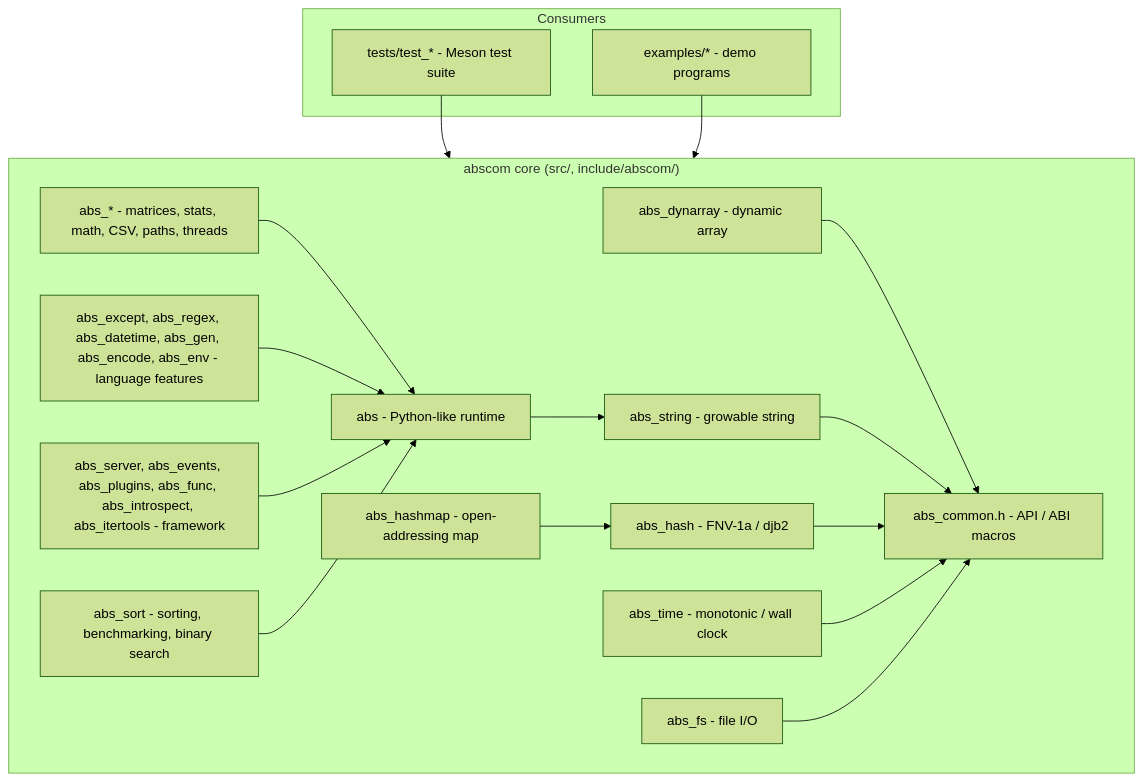
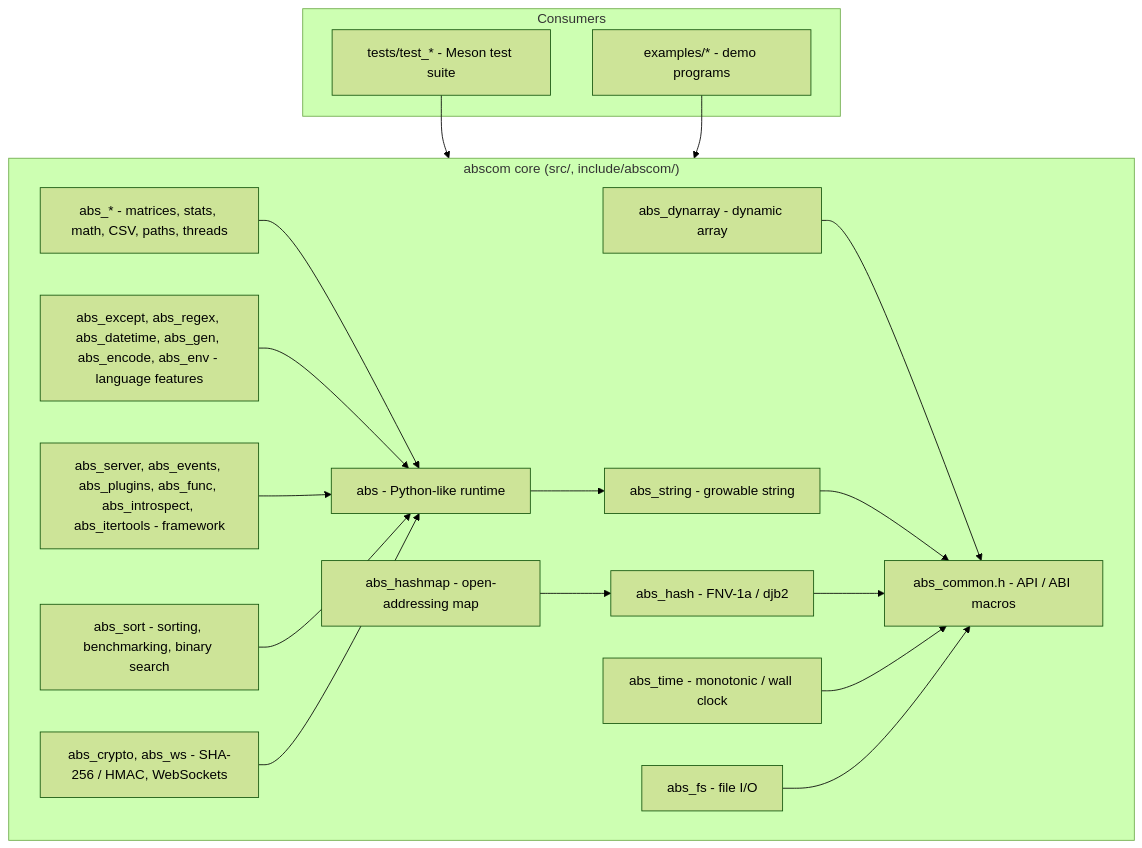
One commit to rkriad585/Abscom changed the diagram in README.md. Above: the diagram before and after it, drawn with Mermaid (forest theme). The commit also changed other lines of this file and 21 other files, not shown here.

Commit message:
Add Realtime and Crypto layer: WebSockets, SHA-256/HMAC, shuffling, repeat iterator

````diff
--- a/README.md
+++ b/README.md
@@ -430,36 +462,38 @@
 ```mermaid
 graph TD
     subgraph core["abscom core (src/, include/abscom/)"]
         common[abs_common.h - API / ABI macros]
         dyn[abs_dynarray - dynamic array]
         str[abs_string - growable string]
         hash[abs_hash - FNV-1a / djb2]
         map[abs_hashmap - open-addressing map]
         time[abs_time - monotonic / wall clock]
         fs[abs_fs - file I/O]
         rt[abs - Python-like runtime]
         sci[abs_* - matrices, stats, math, CSV, paths, threads]
         lang[abs_except, abs_regex, abs_datetime, abs_gen, abs_encode, abs_env - language features]
         fw[abs_server, abs_events, abs_plugins, abs_func, abs_introspect, abs_itertools - framework]
         algo[abs_sort - sorting, benchmarking, binary search]
+        rt2[abs_crypto, abs_ws - SHA-256 / HMAC, WebSockets]
     end
 
     subgraph users["Consumers"]
         tests[tests/test_* - Meson test suite]
         examples[examples/* - demo programs]
     end
 
     dyn --> common
     str --> common
     hash --> common
     map --> hash
     time --> common
     fs --> common
     rt --> str
     sci --> rt
     lang --> rt
     fw --> rt
     algo --> rt
+    rt2 --> rt
     tests --> core
     examples --> core
 ```
````
